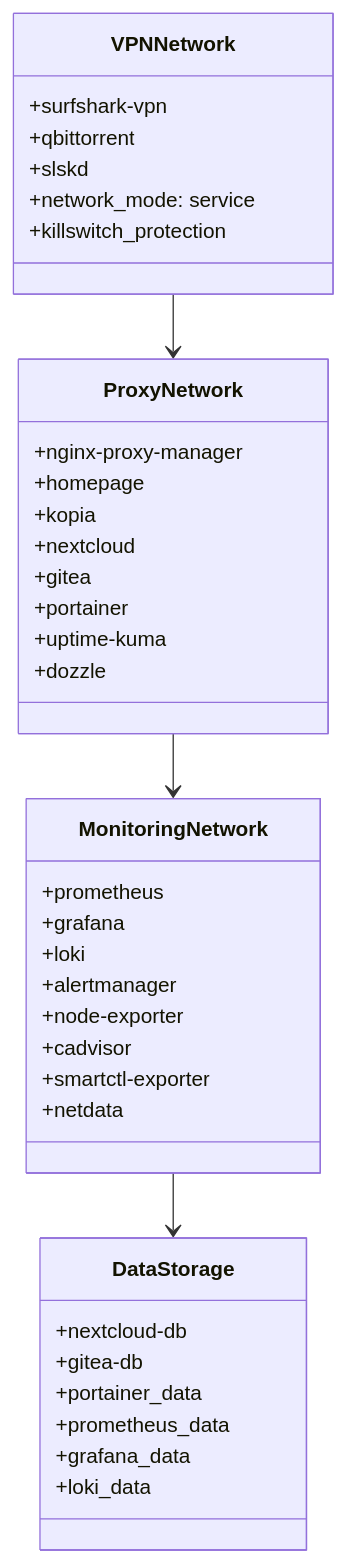
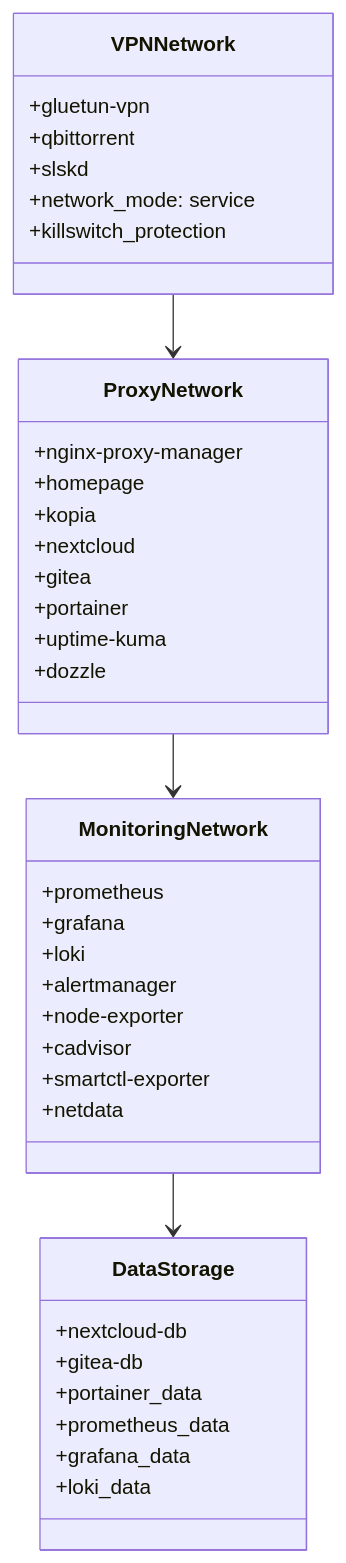
One commit to fishingpvalues/potatostack changed the third of 10 diagrams in docs/ENTERPRISE_ARCHITECTURE.md. Above: the diagram before and after it, drawn with Mermaid. The commit also changed other lines of this file and 8 other files, not shown here.

Commit message:
Increase resource limits for services and update documentation to reflect changes in VPN service from Surfshark to Gluetun.

````diff
--- a/docs/ENTERPRISE_ARCHITECTURE.md
+++ b/docs/ENTERPRISE_ARCHITECTURE.md
@@ -236,46 +236,46 @@
 ```mermaid
 classDiagram
     class VPNNetwork {
-        +surfshark-vpn
+        +gluetun-vpn
         +qbittorrent
         +slskd
         +network_mode: service
         +killswitch_protection
     }
     
     class ProxyNetwork {
         +nginx-proxy-manager
         +homepage
         +kopia
         +nextcloud
         +gitea
         +portainer
         +uptime-kuma
         +dozzle
     }
     
     class MonitoringNetwork {
         +prometheus
         +grafana
         +loki
         +alertmanager
         
         +node-exporter
         +cadvisor
         +smartctl-exporter
         +netdata
     }
     
     class DataStorage {
         +nextcloud-db
         +gitea-db
         +portainer_data
         +prometheus_data
         +grafana_data
         +loki_data
     }
     
     VPNNetwork --> ProxyNetwork
     ProxyNetwork --> MonitoringNetwork
     MonitoringNetwork --> DataStorage
 ```
````
